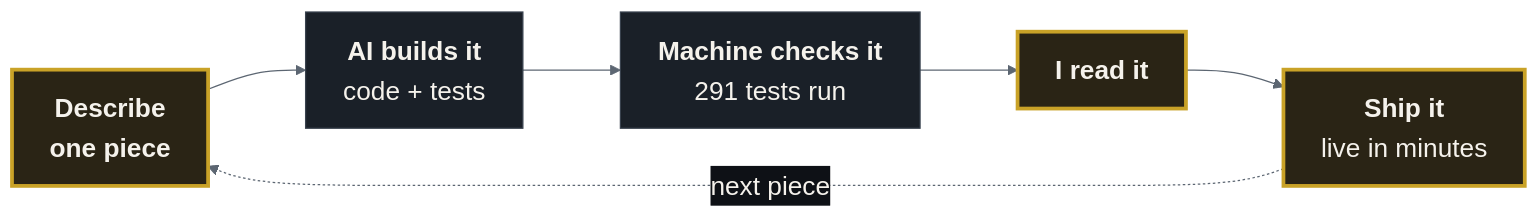
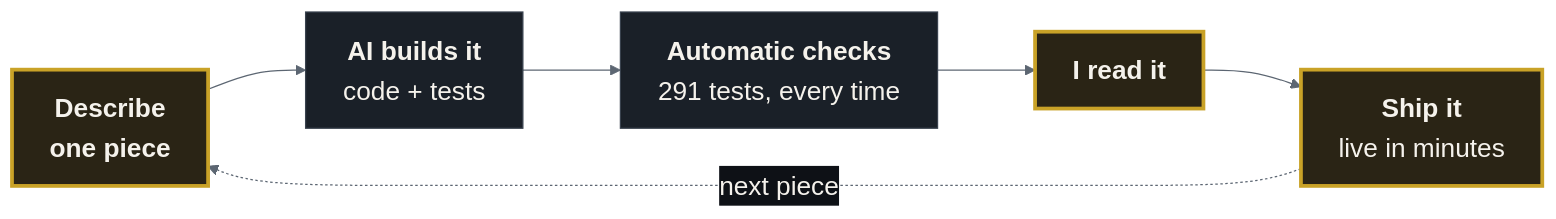
Before and after one commit to IHoKo/Quarto_Presentation: the diagram in ticker.qmd, drawn with Mermaid. The commit also changed other lines of this file, not shown here.

````diff
--- a/ticker.qmd
+++ b/ticker.qmd
@@ -451,23 +451,23 @@
 ```{mermaid}
 %%{init: {'theme':'base',
   'fontFamily':'Instrument Sans, ui-sans-serif, system-ui, sans-serif',
   'flowchart':{'htmlLabels':true,'useMaxWidth':true,'curve':'basis','nodeSpacing':40,'rankSpacing':78},
   'themeVariables':{
   'background':'#0e1116','primaryColor':'#1a2028','primaryTextColor':'#f5f2ec',
   'primaryBorderColor':'#232a33','lineColor':'#5c6672','fontSize':'21px',
   'edgeLabelBackground':'#0e1116'}}}%%
 flowchart LR
   BRIEF["<b>Describe<br/>one piece</b>"]
   BUILD["<b>AI builds it</b><br/>code + tests"]
-  CHECK["<b>Machine checks it</b><br/>291 tests run"]
+  CHECK["<b>Automatic checks</b><br/>291 tests, every time"]
   READ["<b>I read it</b>"]
   SHIP["<b>Ship it</b><br/>live in minutes"]
 
   BRIEF --> BUILD --> CHECK --> READ --> SHIP
   SHIP -. "next piece" .-> BRIEF
 
   classDef human fill:#2a2415,stroke:#c9a227,stroke-width:3px,color:#f5f2ec
   classDef agent fill:#1a2028,stroke:#39424e,color:#f5f2ec
   class BRIEF,READ,SHIP human
   class BUILD,CHECK agent
 ```
````
